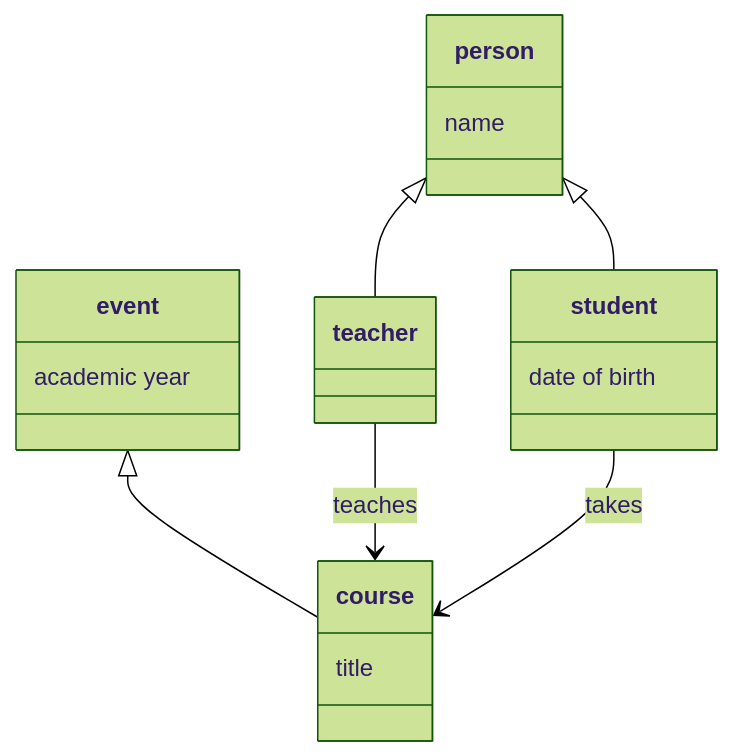
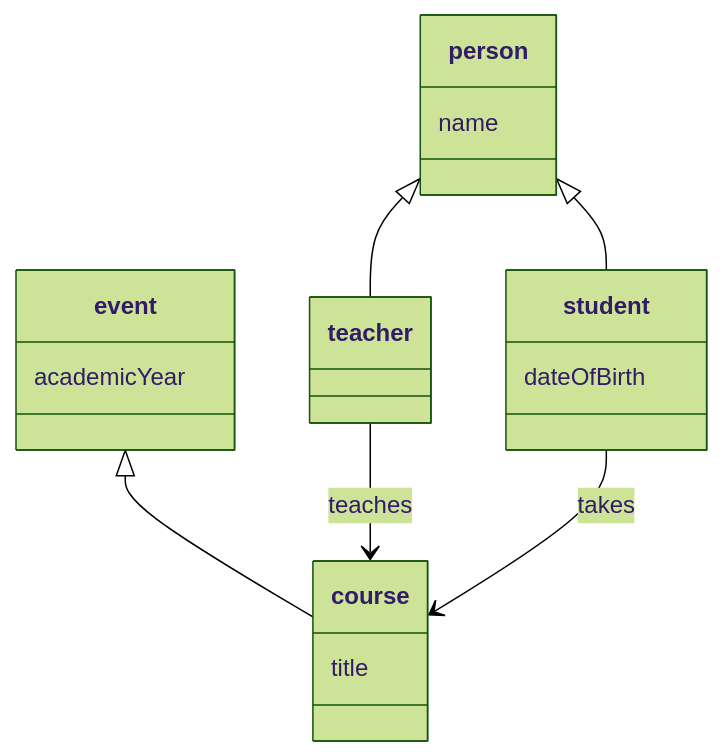
Before and after one commit to conmaol/maglocunus: the first of 3 diagrams in d/data_model.md, drawn with Mermaid (forest theme).

Commit message:
Fix property names in data model diagram

````diff
--- a/d/data_model.md
+++ b/d/data_model.md
@@ -32,16 +32,16 @@
 ```mermaid
 classDiagram
     person <|-- student
     person <|-- teacher
     class person { name }
-    class student { date of birth }
+    class student { dateOfBirth }
     event <|-- course
     class event {
-        academic year
+        academicYear
     }
     class course {
         title
     }
     teacher --> course : teaches
     student --> course : takes
 ```
````
